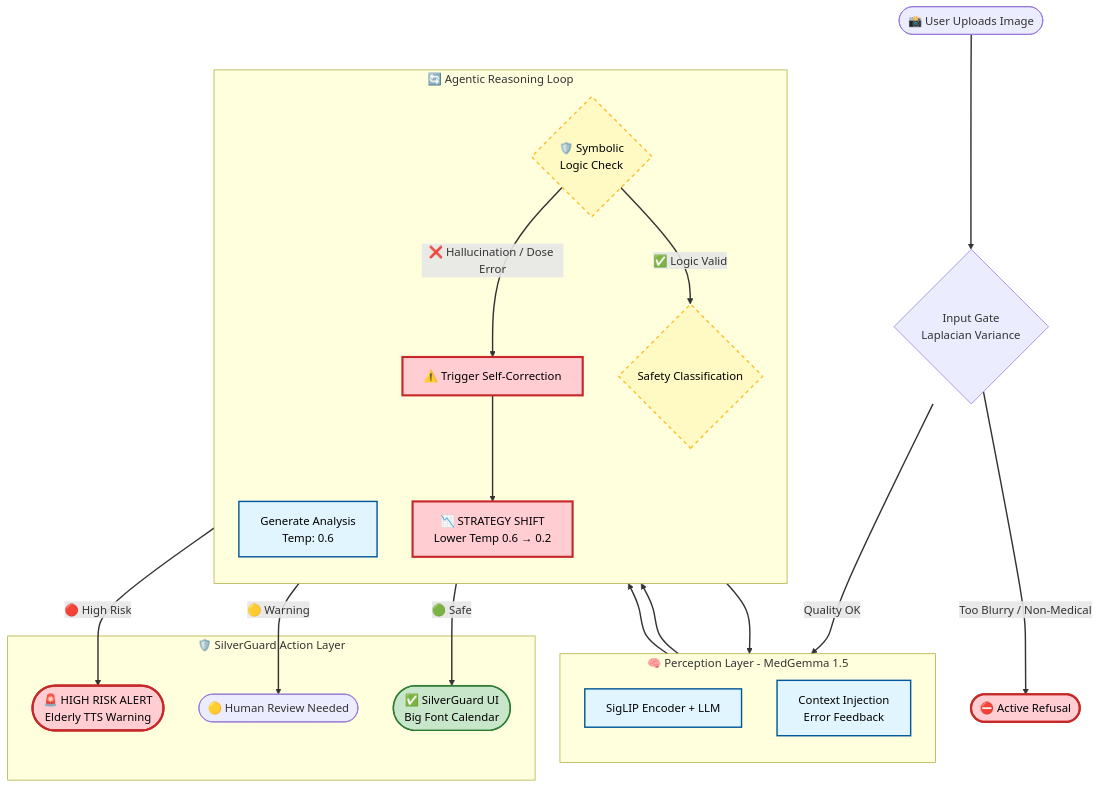
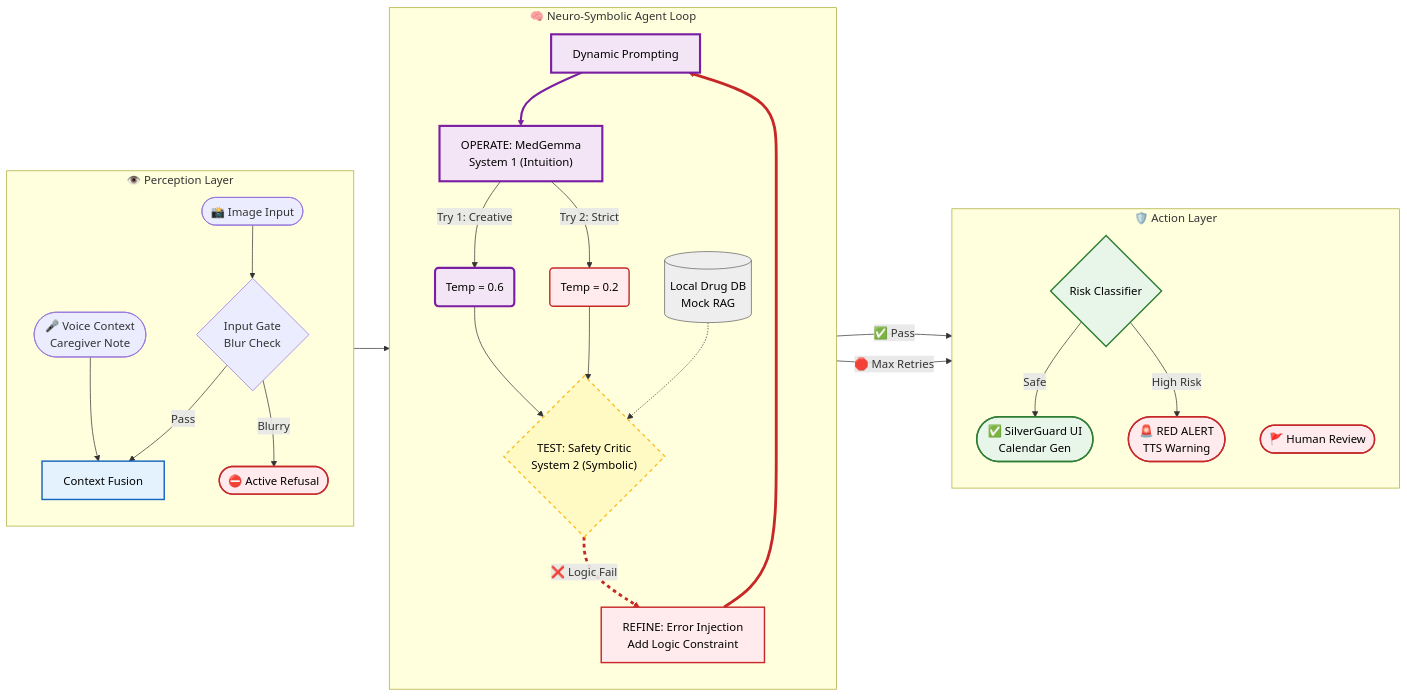
The third of 4 diagrams in README.md (mark941108/SilverGuard_CDS), drawn with Mermaid before and after one commit. The commit also changed other lines of this file and 3 other files, not shown here.

````diff
--- a/README.md
+++ b/README.md
@@ -670,51 +674,65 @@
 ```mermaid
-graph TD
-    %% 定義樣式 - Neuro-Symbolic Color Semantics
-    classDef ai fill:#e1f5fe,stroke:#01579b,stroke-width:2px,color:#000
+graph LR
+
+    %% --- 1. 定義樣式 (Google Health AI Palette) ---
+
+    classDef input fill:#e3f2fd,stroke:#1565c0,stroke-width:2px,color:#000
+    classDef brain fill:#f3e5f5,stroke:#7b1fa2,stroke-width:3px,color:#000
     classDef logic fill:#fff9c4,stroke:#fbc02d,stroke-width:2px,stroke-dasharray: 5 5,color:#000
-    classDef risk fill:#ffcdd2,stroke:#c62828,stroke-width:3px,color:#000
-    classDef safe fill:#c8e6c9,stroke:#2e7d32,stroke-width:2px,color:#000
-    classDef database fill:#e0e0e0,stroke:#616161,stroke-width:2px,color:#000
+    classDef action fill:#e8f5e9,stroke:#2e7d32,stroke-width:2px,color:#000
+    classDef risk fill:#ffebee,stroke:#c62828,stroke-width:2px,color:#000
+    classDef db fill:#eeeeee,stroke:#616161,stroke-width:1px,shape:cylinder,color:#000
 
-    %% --- 流程開始 ---
-    Start([📸 User Uploads Image]) --> InputGate{Input Gate<br/>Laplacian Variance}
-    InputGate -- "Too Blurry / Non-Medical" --> Refusal([⛔ Active Refusal]):::risk
-    InputGate -- "Quality OK" --> VLM
+    %% --- 2. 節點與流程定義 ---
 
-    %% --- Subgraph 1: Perception (Neural) ---
-    subgraph SG_Perception [🧠 Perception Layer - MedGemma 1.5]
+    %% 感知層
+    subgraph Perception ["👁️ Perception Layer"]
         direction TB
-        VLM[SigLIP Encoder + LLM]:::ai
-        Context[Context Injection<br/>Error Feedback]:::ai
+        Img(["📸 Image Input"]) --> Gate{"Input Gate<br/>Blur Check"}
+        Voice(["🎤 Voice Context<br/>Caregiver Note"]) --> Context["Context Fusion"]:::input
+        Gate -- "Pass" --> Context
+        Gate -- "Blurry" --> Reject(["⛔ Active Refusal"]):::risk
     end
 
-    %% --- Subgraph 2: Reasoning (Agentic Loop) ---
-    subgraph SG_Agent [🔄 Agentic Reasoning Loop]
+    %% 認知層 (核心)
+    subgraph Cognition ["🧠 Neuro-Symbolic Agent Loop"]
         direction TB
         
-        Generate[Generate Analysis<br/>Temp: 0.6]:::ai
-        LogicCheck{🛡️ Symbolic<br/>Logic Check}:::logic
+        %% 流程鏈
+        Context --> Prompt["Dynamic Prompting"]:::brain
+        Prompt --> VLM["OPERATE: MedGemma<br/>System 1 (Intuition)"]:::brain
         
-        %% 失敗路徑 (Self-Correction) - THE MAGIC
-        LogicCheck -- "❌ Hallucination / Dose Error" --> TriggerRetry[⚠️ Trigger Self-Correction]:::risk
-        TriggerRetry --> AdjustParam[📉 STRATEGY SHIFT<br/>Lower Temp 0.6 → 0.2]:::risk
-        AdjustParam --> Context
-        Context --> Generate
-
-        %% 成功路徑
-        LogicCheck -- "✅ Logic Valid" --> SafetyClass{Safety Classification}:::logic
+        %% 分支 (拆開寫以確保編號穩定)
+        VLM -- "Try 1: Creative" --> T1("Temp = 0.6"):::brain
+        VLM -- "Try 2: Strict" --> T2("Temp = 0.2"):::risk
+        
+        %% 匯聚
+        T1 --> Logic{"TEST: Safety Critic<br/>System 2 (Symbolic)"}:::logic
+        T2 --> Logic
+        
+        %% RAG 知識庫
+        KB[("Local Drug DB<br/>Mock RAG")]:::db -.-> Logic
+        
+        %% 自我修正迴圈 (關鍵路徑)
+        Logic -- "❌ Logic Fail" --> Correction["REFINE: Error Injection<br/>Add Logic Constraint"]:::risk
+        Correction --> Prompt
     end
 
-    %% --- Subgraph 3: Action & Output ---
-    subgraph SG_Action [🛡️ SilverGuard Action Layer]
-        SafetyClass -- "🔴 High Risk" --> Alert([🚨 HIGH RISK ALERT<br/>Elderly TTS Warning]):::risk
-        SafetyClass -- "🟡 Warning" --> Review([🟡 Human Review Needed])
-        SafetyClass -- "🟢 Safe" --> UI([✅ SilverGuard UI<br/>Big Font Calendar]):::safe
+    %% 執行層
+    subgraph Action ["🛡️ Action Layer"]
+        direction TB
+        Logic -- "✅ Pass" --> RiskClass{"Risk Classifier"}:::action
+        Logic -- "🛑 Max Retries" --> Human(["🚩 Human Review"]):::risk
+        
+        RiskClass -- "Safe" --> UI(["✅ SilverGuard UI<br/>Calendar Gen"]):::action
+        RiskClass -- "High Risk" --> Alert(["🚨 RED ALERT<br/>TTS Warning"]):::risk
     end
 
-    %% 連接
-    VLM --> Generate
-    
-    %% 註解與裝飾
-    linkStyle default stroke-width:2px,fill:none,stroke:#333
+    %% --- 3. 連線著色 (精確索引) ---
+    %% Prompt --> VLM (紫色: 表示生成)
+    linkStyle 5 stroke:#7b1fa2,stroke-width:3px
+    %% Logic --> Correction (紅色虛線: 表示失敗)
+    linkStyle 11 stroke:#c62828,stroke-width:4px,stroke-dasharray: 5 5
+    %% Correction --> Prompt (紅色實線: 表示重試)
+    linkStyle 12 stroke:#c62828,stroke-width:4px
 ```
````
